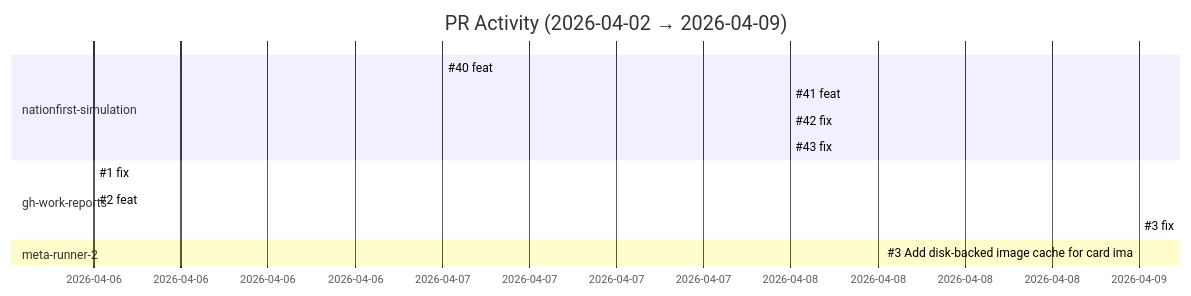
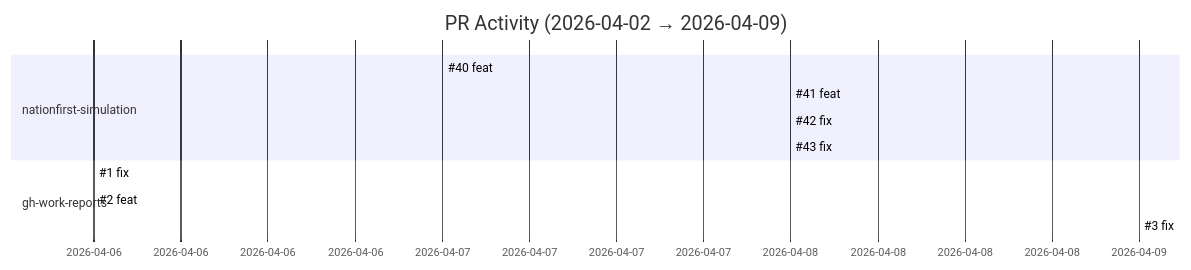
The second of 2 diagrams in docs/reports/report-2026-04-02-to-2026-04-09.md (nlscng/gh-work-reports), drawn with Mermaid before and after one commit. The commit also changed other lines of this file and 1 other file, not shown here.

````diff
--- a/docs/reports/report-2026-04-02-to-2026-04-09.md
+++ b/docs/reports/report-2026-04-02-to-2026-04-09.md
@@ -27,16 +26,14 @@
 ```mermaid
 gantt
     title PR Activity (2026-04-02 → 2026-04-09)
     dateFormat YYYY-MM-DD
     section nationfirst-simulation
     #40 feat: add adaptresearch003 data-plane cl :done, 2026-04-07, 2026-04-07
     #41 feat: auto-generate cleanup scripts duri :active, 2026-04-08, 2026-04-08
     #42 fix: address code review feedback on TAP :done, 2026-04-08, 2026-04-08
     #43 fix: address code review feedback on TAP :done, 2026-04-08, 2026-04-08
     section gh-work-reports
     #1 fix: add git pull --rebase before push i :done, 2026-04-06, 2026-04-06
     #2 feat: dual-token support for multi-accou :done, 2026-04-06, 2026-04-06
     #3 fix: dual-account repo gathering and REA :done, 2026-04-09, 2026-04-09
-    section meta-runner-2
-    #3 Add disk-backed image cache for card ima :done, 2026-04-09, 2026-04-09
 ```
````
